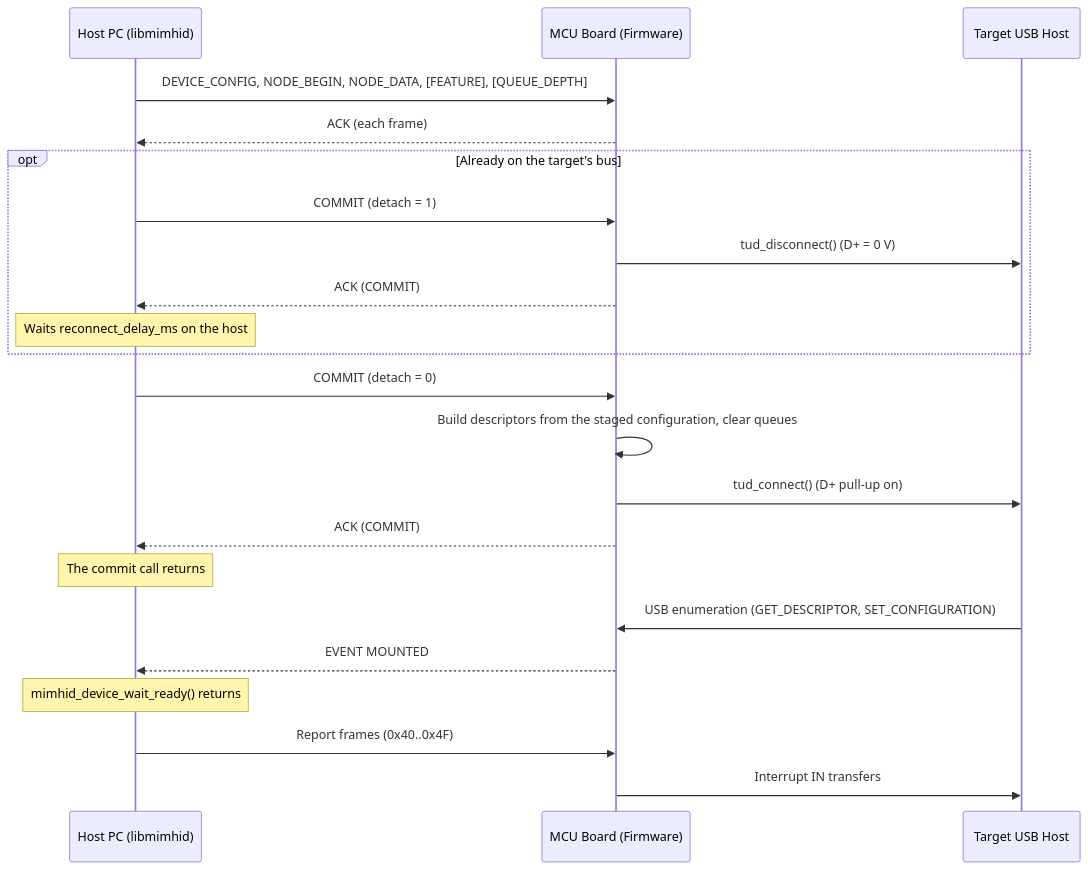
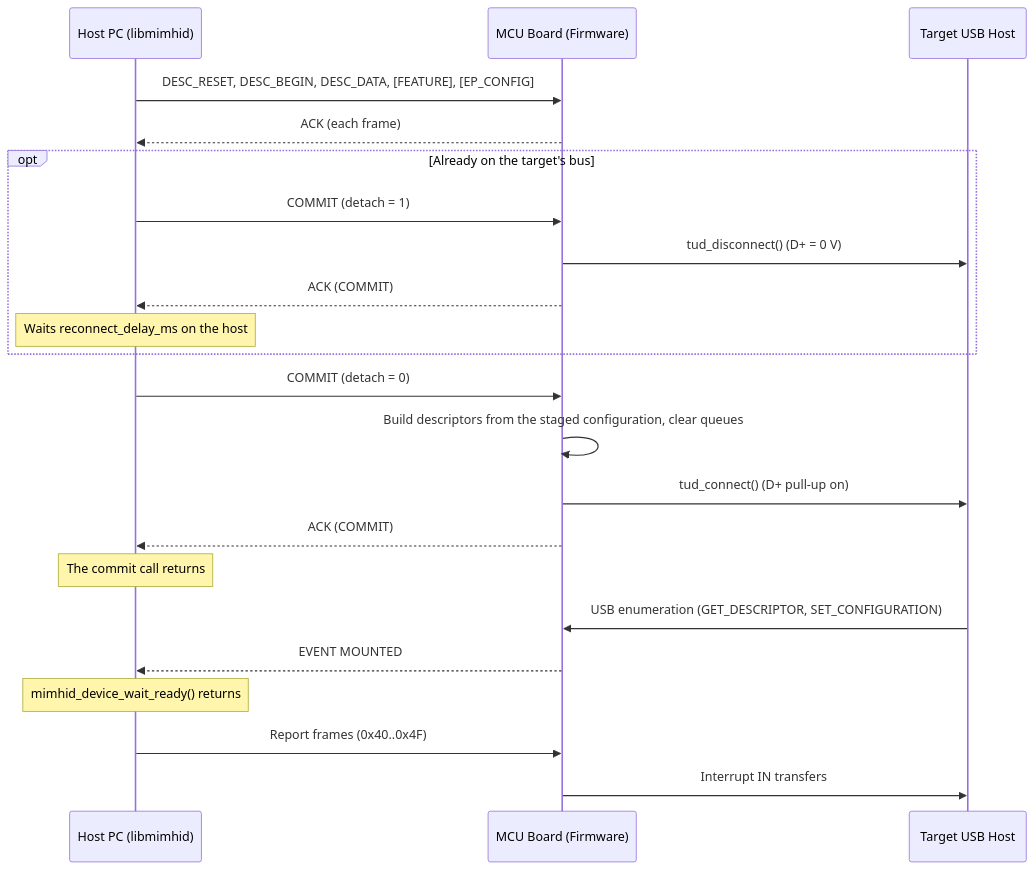
The second of 2 diagrams in docs/ARCHITECTURE.md (nemarpuc/libmimhid), drawn with Mermaid before and after one commit. The commit also changed other lines of this file and 59 other files, not shown here.

First line of the commit message:
Compose USB descriptors on the host and address data frames by endpoint

````diff
--- a/docs/ARCHITECTURE.md
+++ b/docs/ARCHITECTURE.md
@@ -73,25 +74,25 @@
 ```mermaid
 sequenceDiagram
     participant Host as Host PC (libmimhid)
     participant Board as MCU Board (Firmware)
     participant Target as Target USB Host
 
-    Host->>Board: DEVICE_CONFIG, NODE_BEGIN, NODE_DATA, [FEATURE], [QUEUE_DEPTH]
+    Host->>Board: DESC_RESET, DESC_BEGIN, DESC_DATA, [FEATURE], [EP_CONFIG]
     Board-->>Host: ACK (each frame)
     opt Already on the target's bus
         Host->>Board: COMMIT (detach = 1)
         Board->>Target: tud_disconnect() (D+ = 0 V)
         Board-->>Host: ACK (COMMIT)
         Note over Host: Waits reconnect_delay_ms on the host
     end
     Host->>Board: COMMIT (detach = 0)
     Board->>Board: Build descriptors from the staged configuration, clear queues
     Board->>Target: tud_connect() (D+ pull-up on)
     Board-->>Host: ACK (COMMIT)
     Note over Host: The commit call returns
     Target->>Board: USB enumeration (GET_DESCRIPTOR, SET_CONFIGURATION)
     Board-->>Host: EVENT MOUNTED
     Note over Host: mimhid_device_wait_ready() returns
     Host->>Board: Report frames (0x40..0x4F)
     Board->>Target: Interrupt IN transfers
 ```
````
